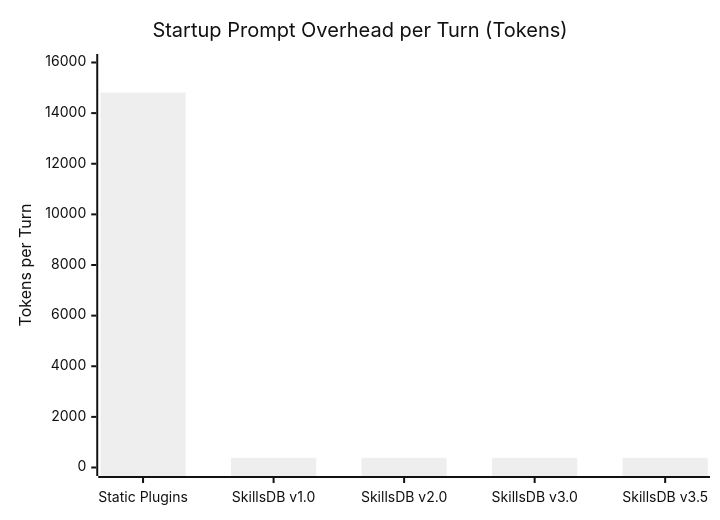
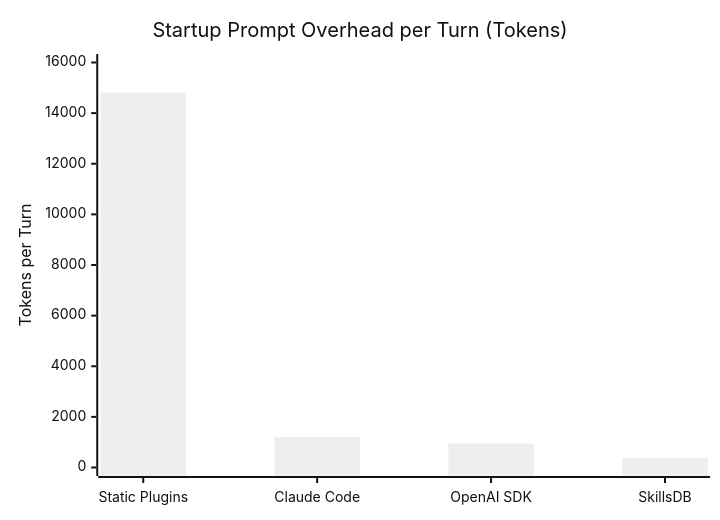
One commit to scorpion421/skillsdb changed the first of 4 diagrams in README.md. Above: the diagram before and after it, drawn with Mermaid (neutral theme). The commit also changed other lines of this file, not shown here.

````diff
--- a/README.md
+++ b/README.md
@@ -38,7 +38,7 @@
 ```mermaid
 xychart-beta
     title "Startup Prompt Overhead per Turn (Tokens)"
-    x-axis ["Static Plugins", "SkillsDB v1.0", "SkillsDB v2.0", "SkillsDB v3.0", "SkillsDB v3.5"]
+    x-axis ["Static Plugins", "Claude Code", "OpenAI SDK", "SkillsDB"]
     y-axis "Tokens per Turn" 0 --> 16000
-    bar [14813, 382, 382, 382, 382]
+    bar [14813, 1200, 950, 382]
 ```
````
